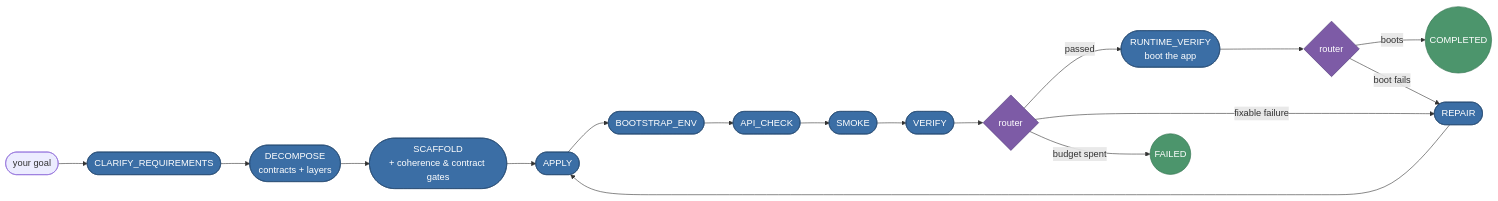
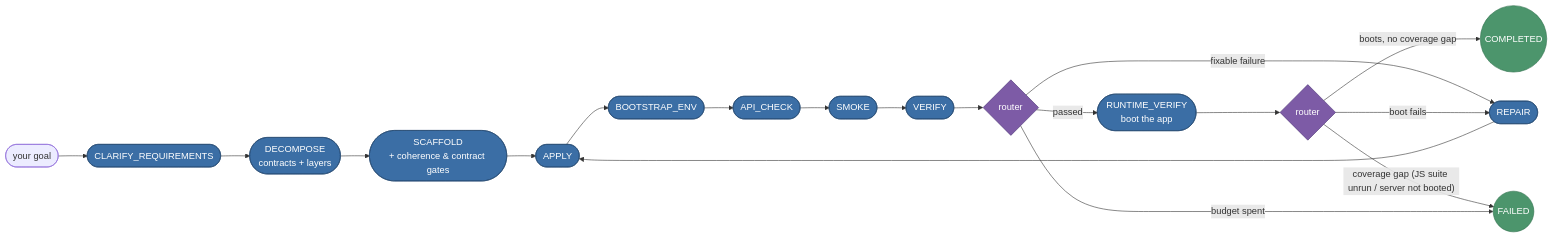
One commit to raminmohammadi/CGX changed the first of 2 diagrams in docs/usage.md. Above: the diagram before and after it, drawn with Mermaid. The commit also changed other lines of this file and 5 other files, not shown here.

````diff
--- a/docs/usage.md
+++ b/docs/usage.md
@@ -810,21 +826,22 @@
 ```mermaid
 flowchart LR
     G([your goal]) --> C(["CLARIFY_REQUIREMENTS"]) --> D(["DECOMPOSE<br/>contracts + layers"])
     D --> S(["SCAFFOLD<br/>+ coherence & contract gates"]) --> A(["APPLY"])
     A --> B(["BOOTSTRAP_ENV"]) --> AC(["API_CHECK"]) --> SM(["SMOKE"]) --> V(["VERIFY"])
     V --> I{"router"}
     I -- "passed" --> R(["RUNTIME_VERIFY<br/>boot the app"])
     I -- "fixable failure" --> RE(["REPAIR"])
     R --> I2{"router"}
-    I2 -- "boots" --> OK((COMPLETED))
+    I2 -- "boots, no coverage gap" --> OK((COMPLETED))
     I2 -- "boot fails" --> RE
+    I2 -- "coverage gap (JS suite unrun / server not booted)" --> NO((FAILED))
     RE --> A
     I -- "budget spent" --> NO((FAILED))
 
     classDef road fill:#3b6ea5,stroke:#274c73,color:#fff;
     classDef gate fill:#7d5ba6,stroke:#4c3575,color:#fff;
     classDef term fill:#4c956c,stroke:#2c6e49,color:#fff;
     class C,D,S,A,B,AC,SM,V,R,RE road;
     class I,I2 gate;
     class OK,NO term;
 ```
````
